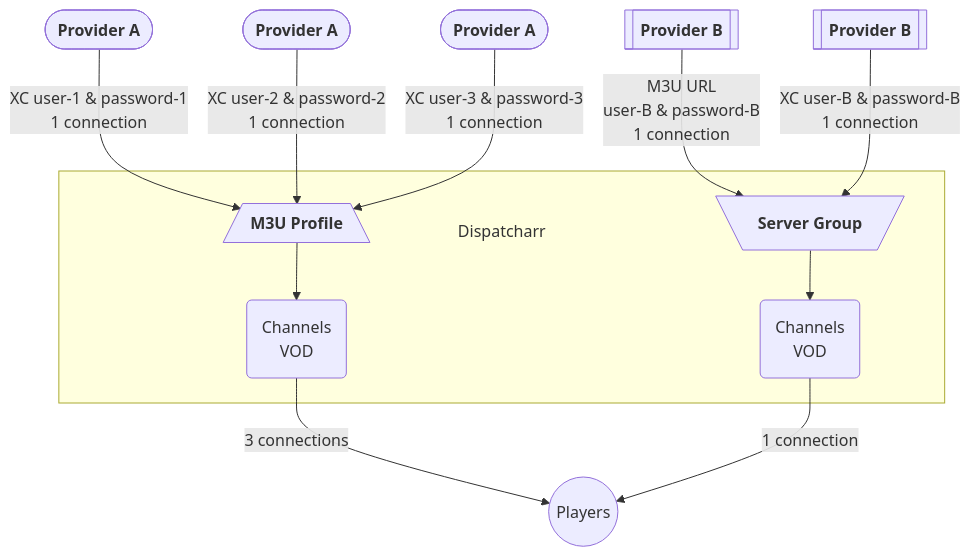
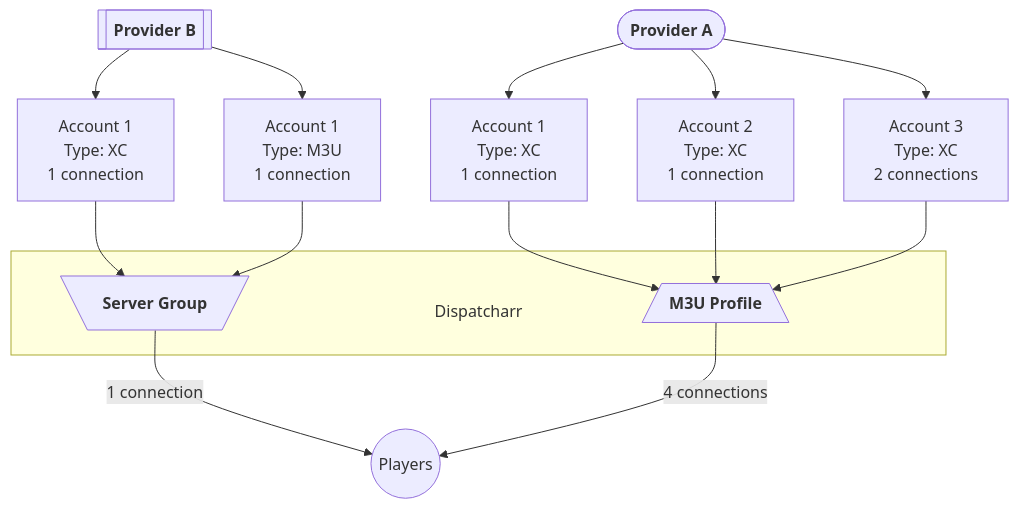
The diagram in docs/en/m3u-epg-manager.md (Dispatcharr/Dispatcharr-Docs), drawn with Mermaid before and after one commit. The commit also changed other lines of this file and 1 other file, not shown here.

Commit message:
Split output and stream profile mermaid charts

````diff
--- a/docs/en/m3u-epg-manager.md
+++ b/docs/en/m3u-epg-manager.md
@@ -17,24 +17,16 @@
     ```mermaid
-    flowchart TD
-    PR1(["`**Provider A**`"]) -->|XC user-1 & password-1
-                                  1 connection| MP[/"`**M3U Profile**`"\]
-    PR2(["`**Provider A**`"]) -->|XC user-2 & password-2
-                                  1 connection| MP
-    PR3(["`**Provider A**`"]) -->|XC user-3 & password-3
-                                  1 connection| MP
-    PRA[["`**Provider B**`"]] -->|M3U URL
-                                  user-B & password-B
-                                  1 connection| SG[\"`**Server Group**`"/]
-    PRA2[["`**Provider B**`"]] -->|XC user-B & password-B
-                                 1 connection| SG
-    subgraph D["<br/> <br/> Dispatcharr"]
-      MP
-      CH
-      SG
-      CH2
-    end
-    MP --> CH(Channels <br/> VOD)
-    CH -->|3 connections| PL((Players))
-    SG --> CH2(Channels <br/> VOD)
-    CH2 -->|1 connection| PL
+        flowchart TB
+        subgraph D["<br> <br> Dispatcharr"]
+                MP[/"`**M3U Profile**`"\]
+                SG[\"`**Server Group**`"/]
+        end
+            PRA(["`**Provider A**`"]) --> a1["Account 1<br>Type: XC<br>1 connection"] & a2["Account 2<br>Type: XC<br>1 connection"] & a3["Account 3<br>Type: XC<br>2 connections"]
+            a1 --> MP
+            a2 --> MP
+            a3 --> MP
+            PRA2[["`**Provider B**`"]] --> a4["Account 1<br>Type: XC<br>1 connection"] & a5["Account 1<br>Type: M3U<br>1 connection"]
+            a4 --> SG
+            a5 --> SG
+            SG -- 1 connection --> PL(("Players"))
+            MP -- 4 connections --> PL
     ```
````
